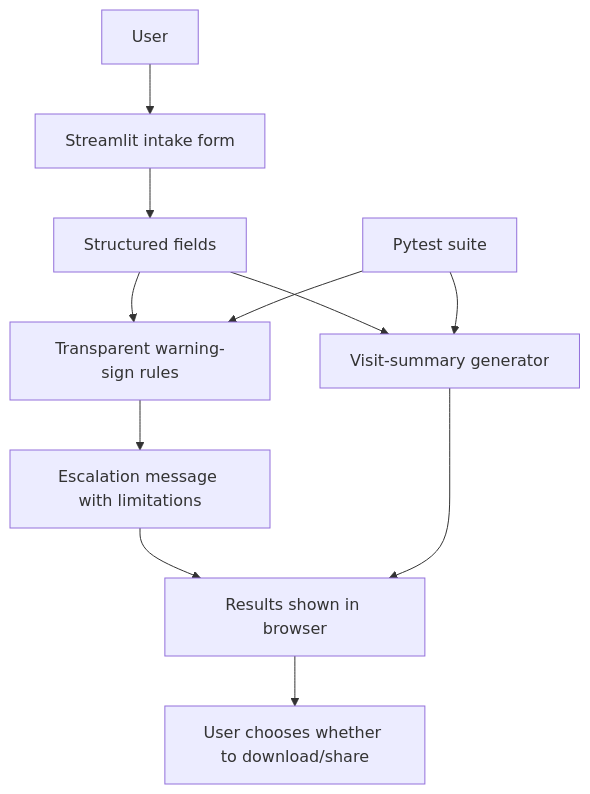
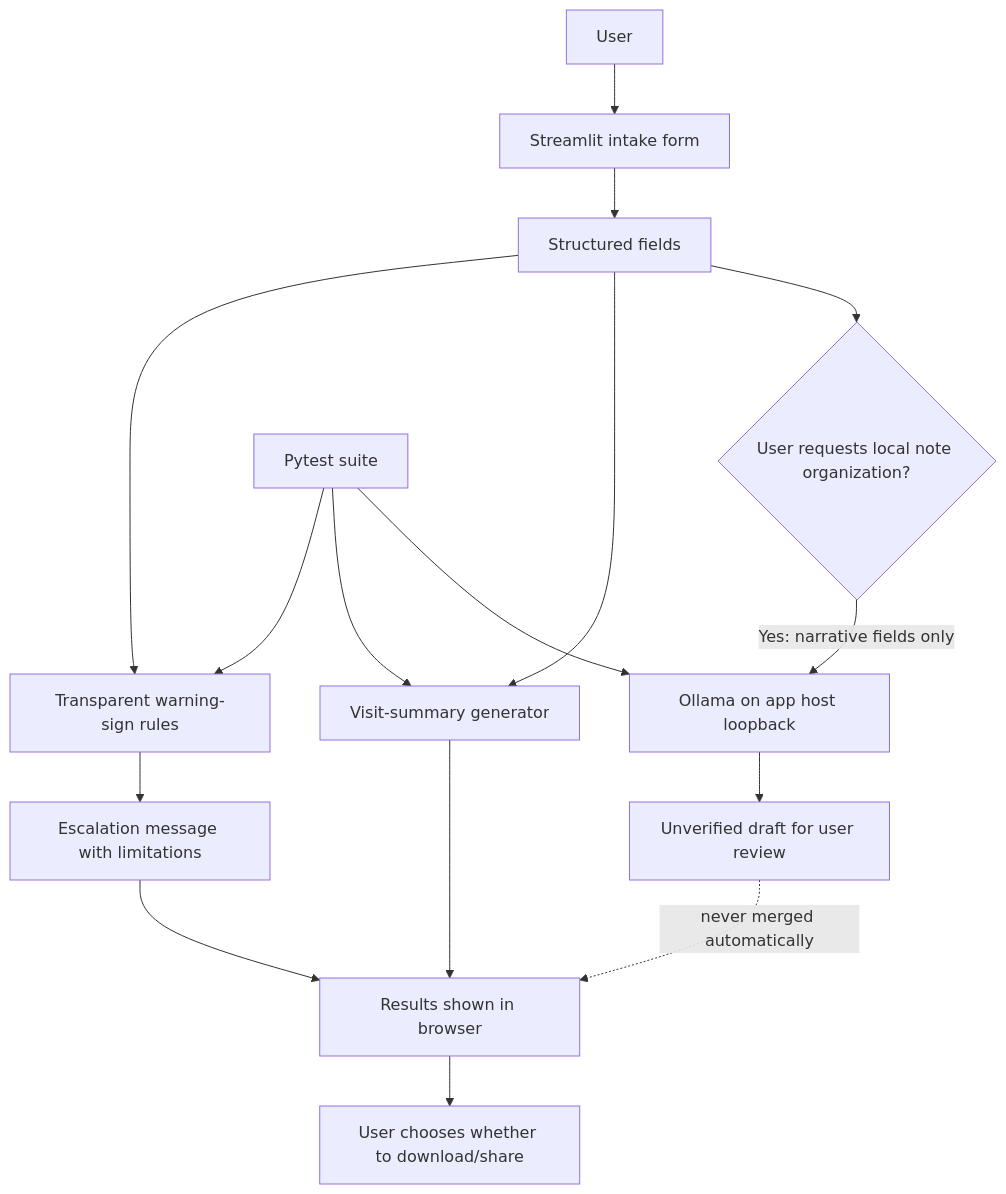
The diagram in docs/architecture.mmd (nishthamalhotr/CareBridge-Healthcare-AI), drawn with Mermaid before and after one commit. The commit also changed 8 other files, not shown here.

```diff
--- a/docs/architecture.mmd
+++ b/docs/architecture.mmd
@@ -1,11 +1,16 @@
 flowchart TD
     A[User] --> B[Streamlit intake form]
     B --> C[Structured fields]
     C --> D[Transparent warning-sign rules]
     D --> E[Escalation message with limitations]
     C --> F[Visit-summary generator]
     E --> G[Results shown in browser]
     F --> G
     G --> H[User chooses whether to download/share]
-    I[Pytest suite] --> D
-    I --> F
+    C --> I{User requests local note organization?}
+    I -->|Yes: narrative fields only| J[Ollama on app host loopback]
+    J --> K[Unverified draft for user review]
+    K -. never merged automatically .-> G
+    L[Pytest suite] --> D
+    L --> F
+    L --> J
```
